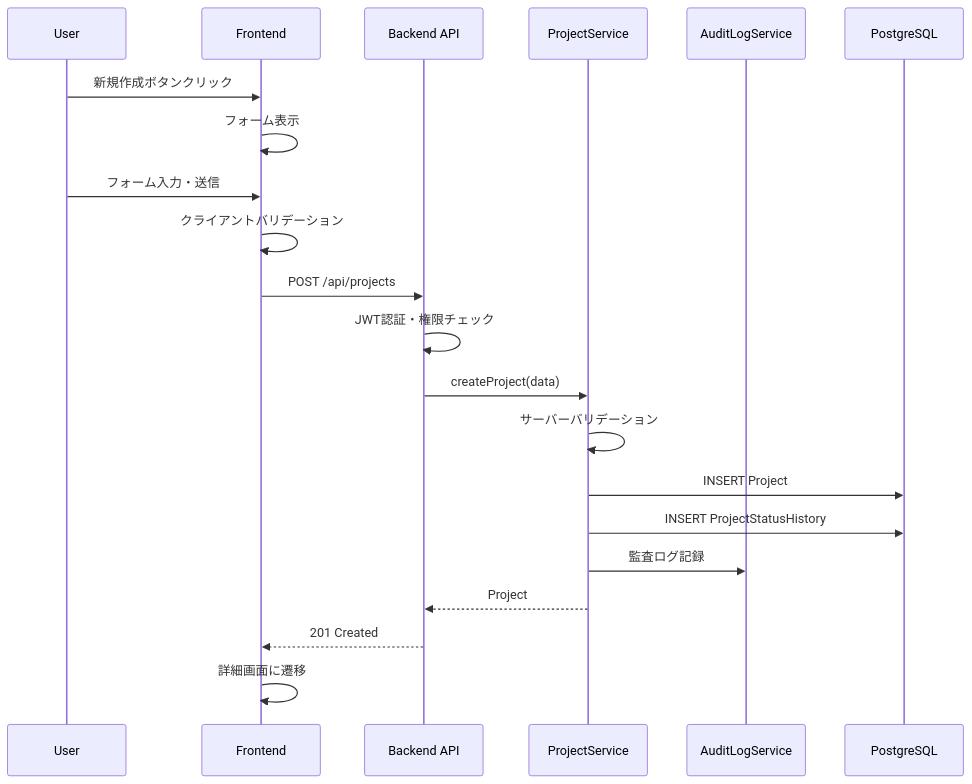
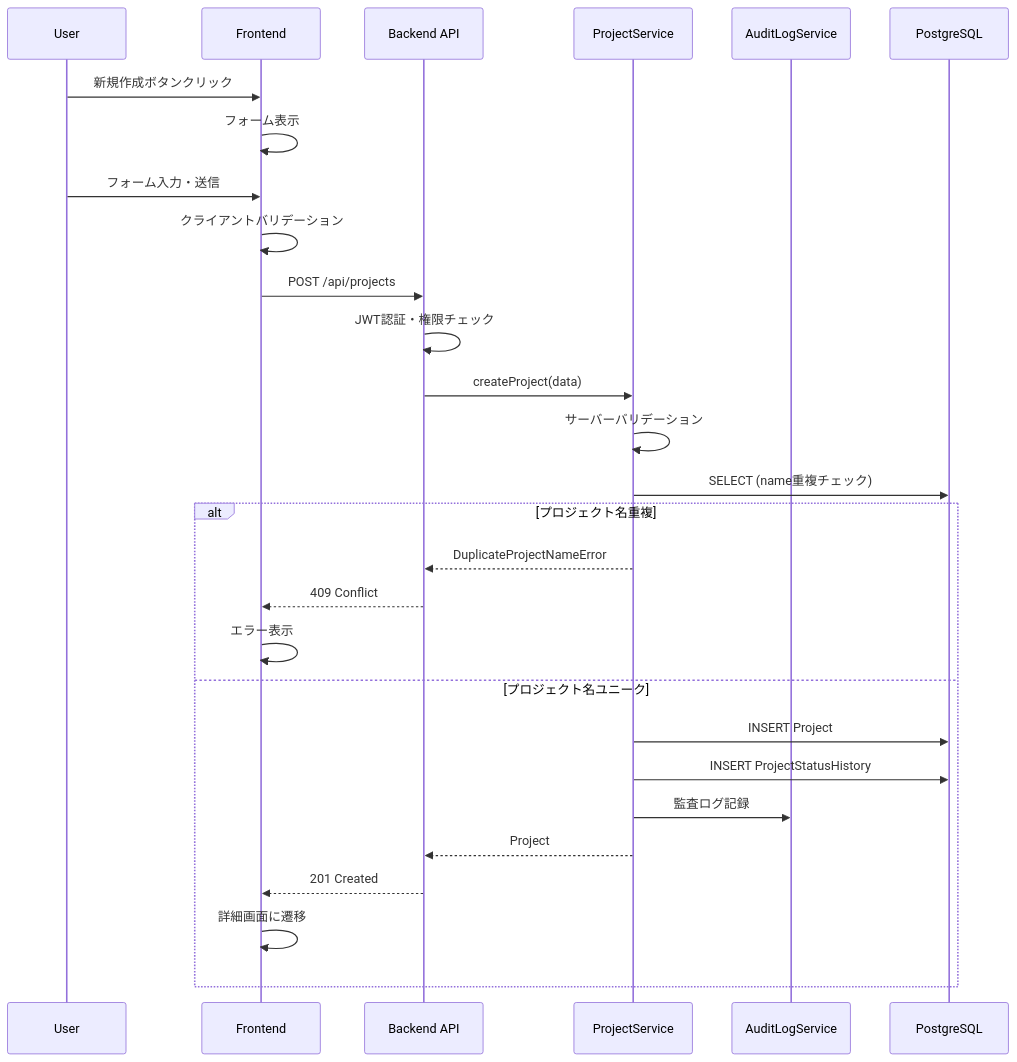
The second of 5 diagrams in .kiro/specs/project-management/design.md (inakanou/ArchiTrack), drawn with Mermaid before and after one commit. The commit also changed other lines of this file and 3 other files, not shown here.

````diff
--- a/.kiro/specs/project-management/design.md
+++ b/.kiro/specs/project-management/design.md
@@ -137,24 +152,31 @@
 ```mermaid
 sequenceDiagram
     participant U as User
     participant FE as Frontend
     participant API as Backend API
     participant PS as ProjectService
     participant AL as AuditLogService
     participant DB as PostgreSQL
 
     U->>FE: 新規作成ボタンクリック
     FE->>FE: フォーム表示
     U->>FE: フォーム入力・送信
     FE->>FE: クライアントバリデーション
     FE->>API: POST /api/projects
     API->>API: JWT認証・権限チェック
     API->>PS: createProject(data)
     PS->>PS: サーバーバリデーション
-    PS->>DB: INSERT Project
-    PS->>DB: INSERT ProjectStatusHistory
-    PS->>AL: 監査ログ記録
-    PS-->>API: Project
-    API-->>FE: 201 Created
-    FE->>FE: 詳細画面に遷移
+    PS->>DB: SELECT (name重複チェック)
+    alt プロジェクト名重複
+        PS-->>API: DuplicateProjectNameError
+        API-->>FE: 409 Conflict
+        FE->>FE: エラー表示
+    else プロジェクト名ユニーク
+        PS->>DB: INSERT Project
+        PS->>DB: INSERT ProjectStatusHistory
+        PS->>AL: 監査ログ記録
+        PS-->>API: Project
+        API-->>FE: 201 Created
+        FE->>FE: 詳細画面に遷移
+    end
 ```
````
